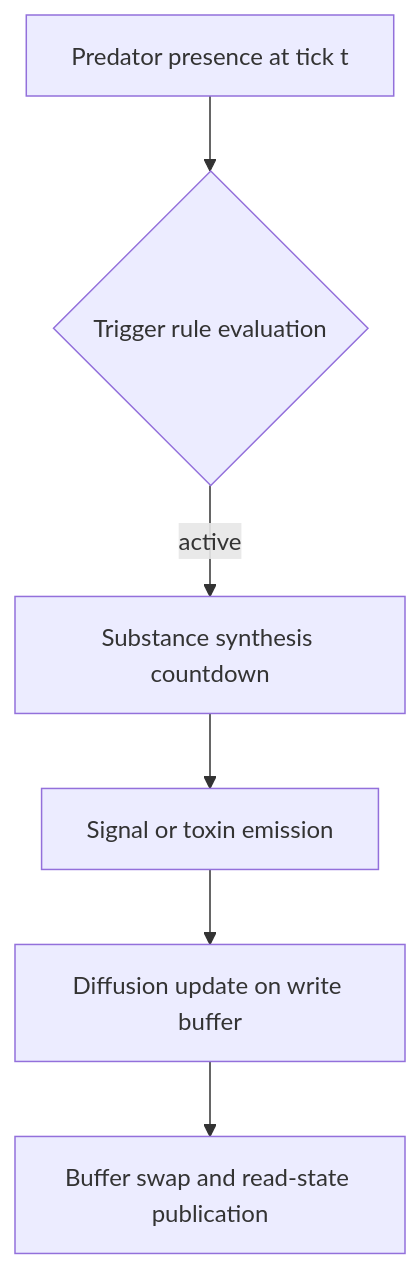
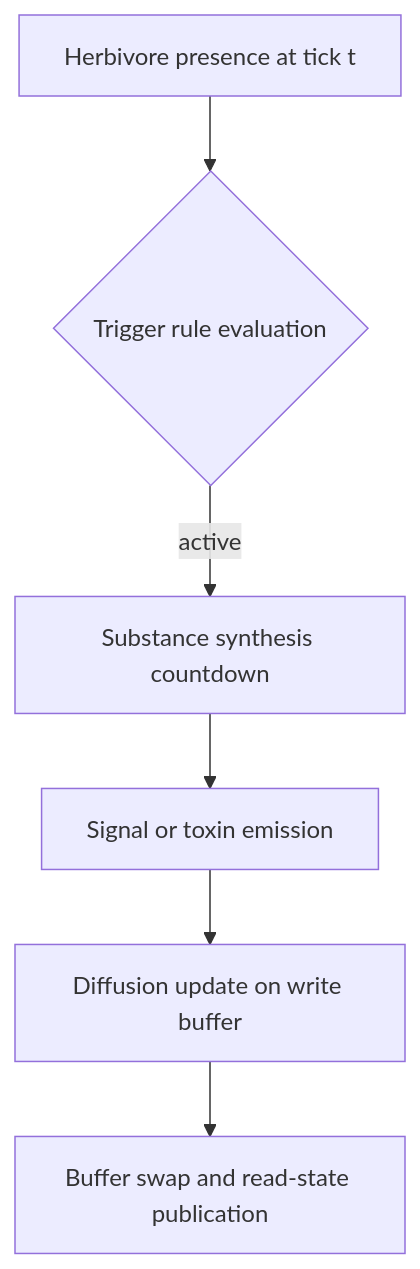
One commit to foersben/PHIDS changed the first of 2 diagrams in docs/development/scientific-authoring-workflow.md. Above: the diagram before and after it, drawn with Mermaid. The commit also changed other lines of this file and 91 other files, not shown here.

Commit message:
refactor: hard rename predator domain to herbivore across project

````diff
--- a/docs/development/scientific-authoring-workflow.md
+++ b/docs/development/scientific-authoring-workflow.md
@@ -15,8 +15,8 @@
 ```mermaid
 flowchart TD
-    A[Predator presence at tick t] --> B{Trigger rule evaluation}
+    A[Herbivore presence at tick t] --> B{Trigger rule evaluation}
     B -->|active| C[Substance synthesis countdown]
     C --> D[Signal or toxin emission]
     D --> E[Diffusion update on write buffer]
     E --> F[Buffer swap and read-state publication]
 ```
````
